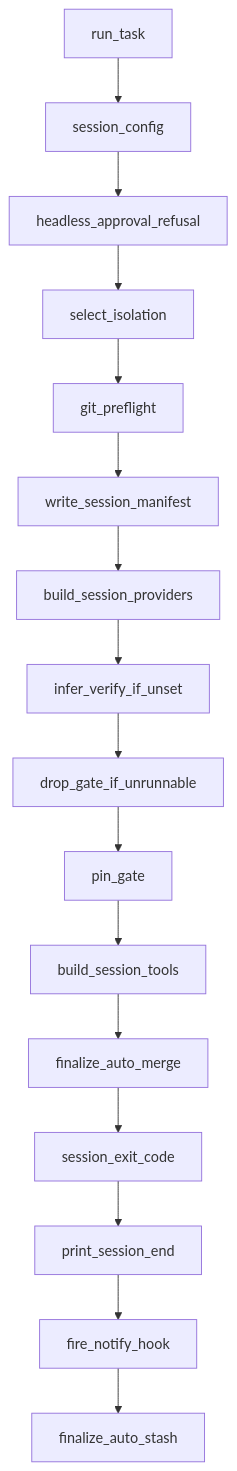
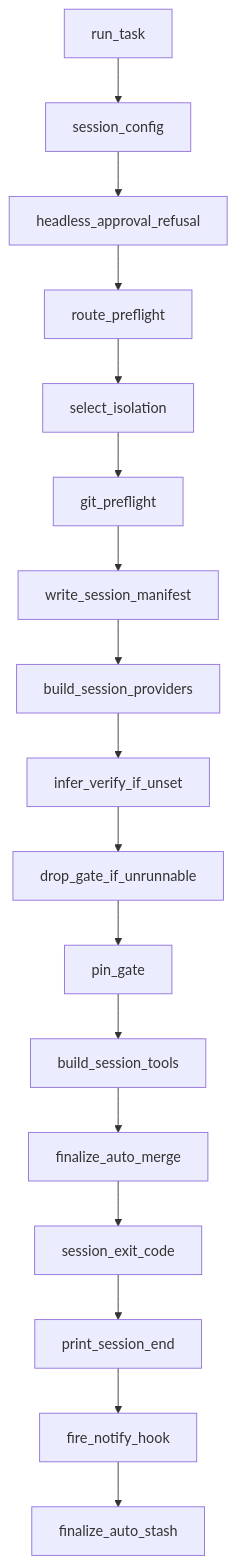
Before and after one commit to agent6-dev/agent6: the fourth of 6 diagrams in docs/architecture.md, drawn with Mermaid. The commit also changed other lines of this file and 14 other files, not shown here.

First line of the commit message:
fix(app): run_task owns the route preflight

````diff
--- a/docs/architecture.md
+++ b/docs/architecture.md
@@ -148,34 +148,36 @@
 ```mermaid
 graph TD
     n_run_task["run_task"]
     n_session_config["session_config"]
     n_headless_approval_refusal["headless_approval_refusal"]
+    n_route_preflight["route_preflight"]
     n_select_isolation["select_isolation"]
     n_git_preflight["git_preflight"]
     n_write_session_manifest["write_session_manifest"]
     n_build_session_providers["build_session_providers"]
     n_infer_verify_if_unset["infer_verify_if_unset"]
     n_drop_gate_if_unrunnable["drop_gate_if_unrunnable"]
     n_pin_gate["pin_gate"]
     n_build_session_tools["build_session_tools"]
     n_finalize_auto_merge["finalize_auto_merge"]
     n_session_exit_code["session_exit_code"]
     n_print_session_end["print_session_end"]
     n_fire_notify_hook["fire_notify_hook"]
     n_finalize_auto_stash["finalize_auto_stash"]
     n_run_task --> n_session_config
     n_session_config --> n_headless_approval_refusal
-    n_headless_approval_refusal --> n_select_isolation
+    n_headless_approval_refusal --> n_route_preflight
+    n_route_preflight --> n_select_isolation
     n_select_isolation --> n_git_preflight
     n_git_preflight --> n_write_session_manifest
     n_write_session_manifest --> n_build_session_providers
     n_build_session_providers --> n_infer_verify_if_unset
     n_infer_verify_if_unset --> n_drop_gate_if_unrunnable
     n_drop_gate_if_unrunnable --> n_pin_gate
     n_pin_gate --> n_build_session_tools
     n_build_session_tools --> n_finalize_auto_merge
     n_finalize_auto_merge --> n_session_exit_code
     n_session_exit_code --> n_print_session_end
     n_print_session_end --> n_fire_notify_hook
     n_fire_notify_hook --> n_finalize_auto_stash
 ```
````
